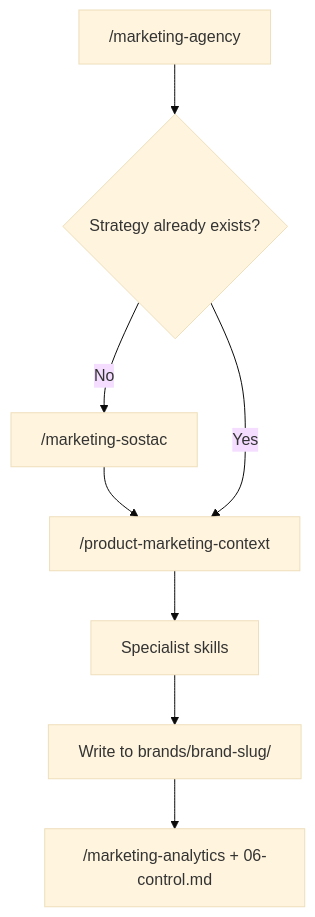
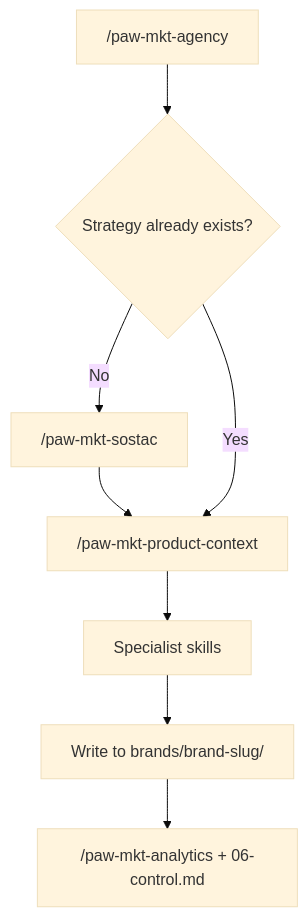
One commit to pawbytes/agentic-marketing-suites changed the diagram in docs/README.md. Above: the diagram before and after it, drawn with Mermaid (base theme). The commit also changed other lines of this file and 29 other files, not shown here.

````diff
--- a/docs/README.md
+++ b/docs/README.md
@@ -53,10 +53,10 @@
 ```mermaid
 flowchart TD
-    A["#sol;marketing-agency"] --> B{Strategy already exists?}
-    B -- No --> C["#sol;marketing-sostac"]
-    C --> D["#sol;product-marketing-context"]
+    A["#sol;paw-mkt-agency"] --> B{Strategy already exists?}
+    B -- No --> C["#sol;paw-mkt-sostac"]
+    C --> D["#sol;paw-mkt-product-context"]
     B -- Yes --> D
     D --> E[Specialist skills]
     E --> F["Write to brands/brand-slug/"]
-    F --> G["#sol;marketing-analytics + 06-control.md"]
+    F --> G["#sol;paw-mkt-analytics + 06-control.md"]
 ```
````
